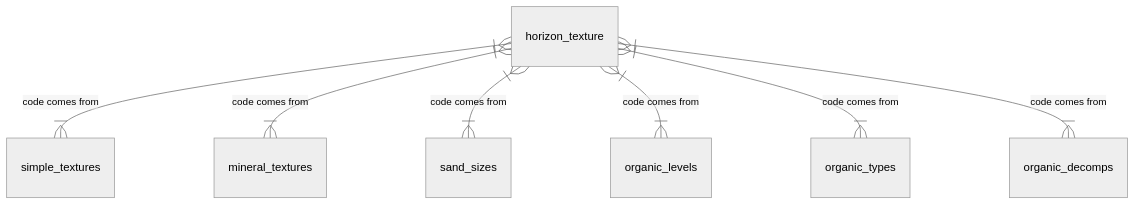
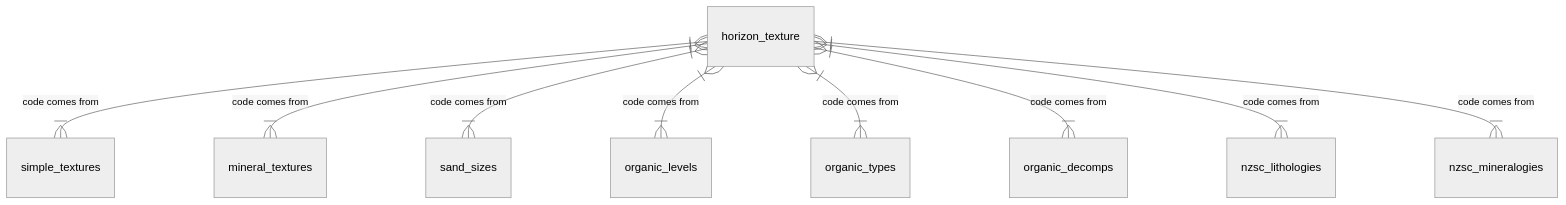
One commit to manaakiwhenua/NZ_soildesc_2024 changed diagram 14 of 25 in ap_03_database_design.qmd. Above: the diagram before and after it, drawn with Mermaid (neutral theme). The commit also changed other lines of this file, not shown here.

````diff
--- a/ap_03_database_design.qmd
+++ b/ap_03_database_design.qmd
@@ -1146,13 +1146,15 @@
 ```{mermaid}
 %%| fig-cap: "Horizon texture - Overview"
 
 %%{ init: { 'er': { 'layoutDirection': 'LR' } } }%%
 erDiagram
   horizon_texture }|--|{ simple_textures : "code comes from"
   horizon_texture }|--|{ mineral_textures : "code comes from"
   horizon_texture }|--|{ sand_sizes : "code comes from"
   horizon_texture }|--|{ organic_levels : "code comes from"
   horizon_texture }|--|{ organic_types : "code comes from"
   horizon_texture }|--|{ organic_decomps : "code comes from"
+  horizon_texture }|--|{ nzsc_lithologies : "code comes from"
+  horizon_texture }|--|{ nzsc_mineralogies : "code comes from"
 
 ```
````
